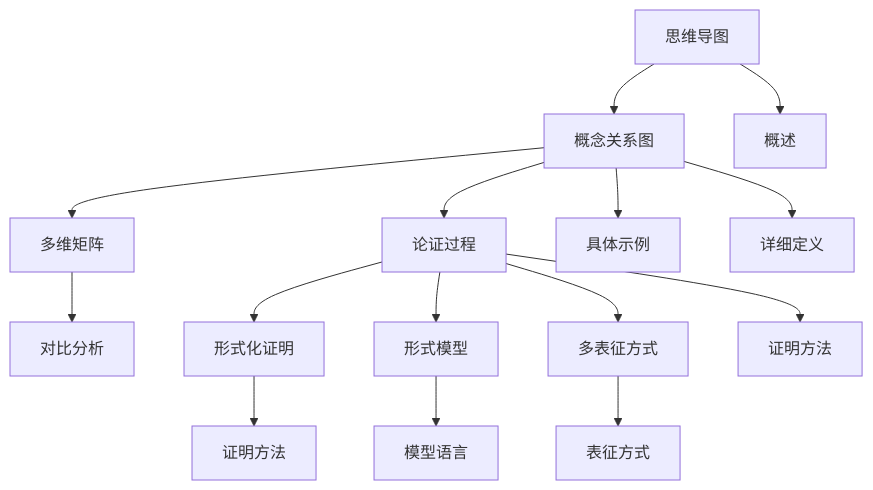
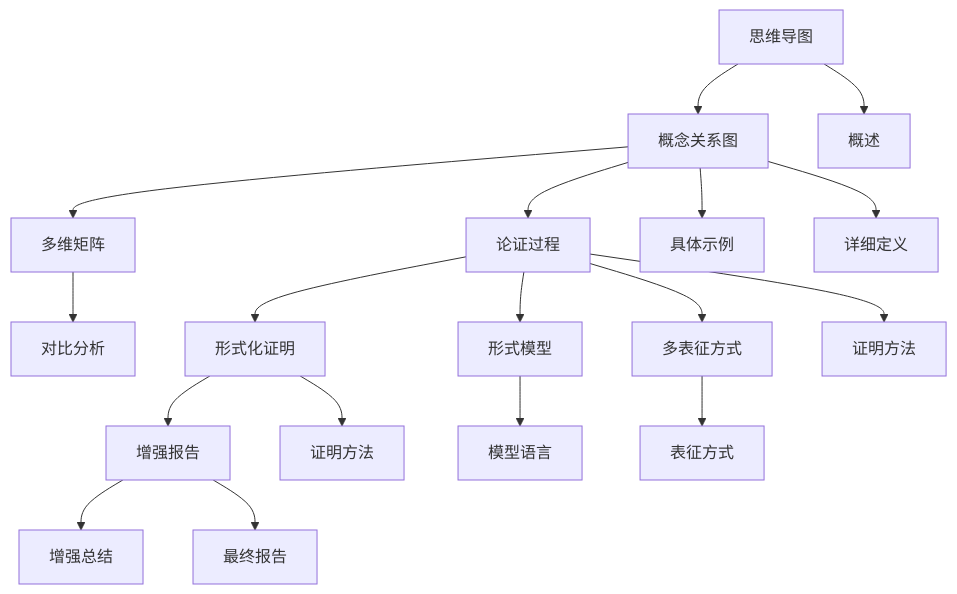
One commit to AdaMartin18010/DSL-SCHEMA-ProgramDesign-Transform changed the diagram in view/diagrams/README.md. Above: the diagram before and after it, drawn with Mermaid. The commit also changed other lines of this file and 24 other files, not shown here.

````diff
--- a/view/diagrams/README.md
+++ b/view/diagrams/README.md
@@ -129,19 +156,23 @@
 ```mermaid
 graph TB
     MindMap[思维导图] --> Concept[概念关系图]
     Concept --> Matrix[多维矩阵]
     Concept --> Proof[论证过程]
     Concept --> Examples[具体示例]
 
     Proof --> FormalProofs[形式化证明]
     Proof --> FormalModels[形式模型]
     Proof --> MultiRep[多表征方式]
 
+    FormalProofs --> Enhancement[增强报告]
+    Enhancement --> Summary[增强总结]
+    Enhancement --> FinalReport[最终报告]
+
     MindMap --> Overview[概述]
     Concept --> Details[详细定义]
     Matrix --> Comparison[对比分析]
     Proof --> Methods[证明方法]
     FormalProofs --> ProofMethods[证明方法]
     FormalModels --> ModelLang[模型语言]
     MultiRep --> Representations[表征方式]
 ```
````
